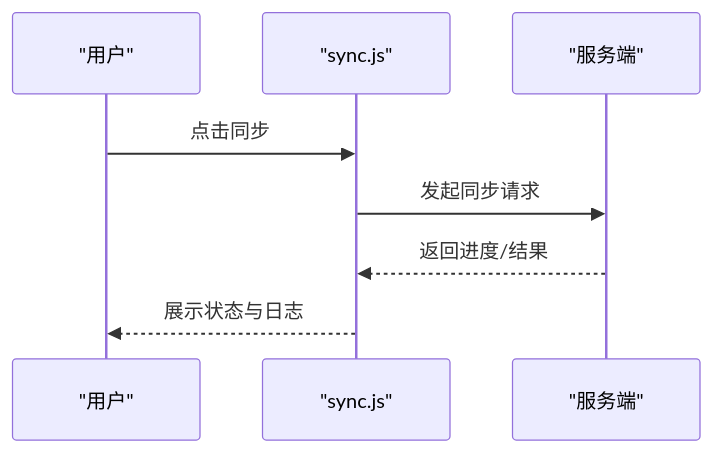
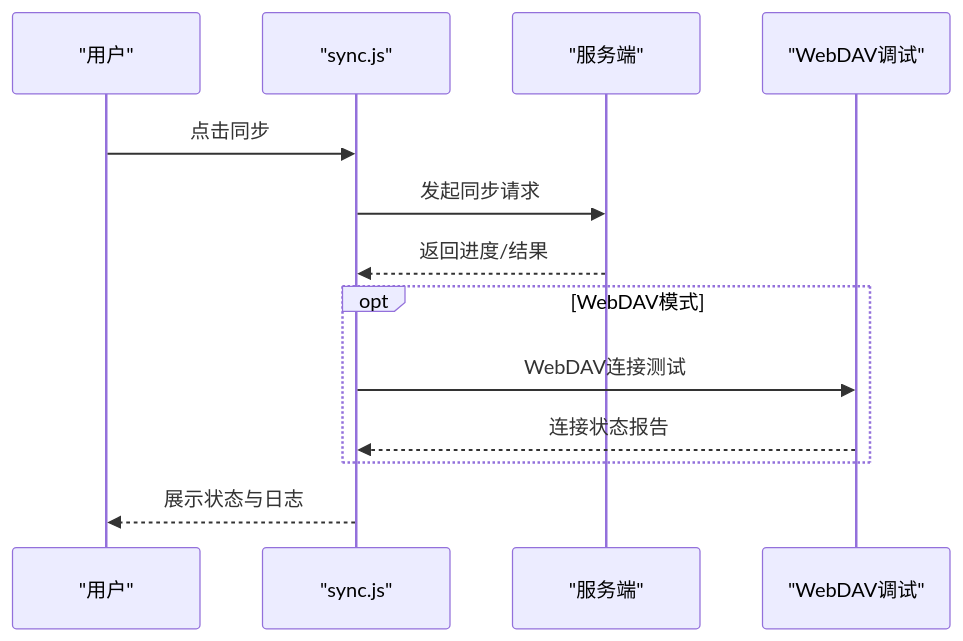
The ninth of 11 diagrams in .qoder/repowiki/zh/content/架构设计/分层架构设计/数据访问层/数据同步机制.md (ZhangGHGitHub/LegadoTeamFlutter), drawn with Mermaid before and after one commit. The commit also changed other lines of this file and 66 other files, not shown here.

````diff
--- a/.qoder/repowiki/zh/content/架构设计/分层架构设计/数据访问层/数据同步机制.md
+++ b/.qoder/repowiki/zh/content/架构设计/分层架构设计/数据访问层/数据同步机制.md
@@ -369,10 +466,15 @@
 ```mermaid
 sequenceDiagram
 participant User as "用户"
 participant Web as "sync.js"
 participant Srv as "服务端"
+participant WebDAV as "WebDAV调试"
 User->>Web : 点击同步
 Web->>Srv : 发起同步请求
 Srv-->>Web : 返回进度/结果
+opt WebDAV模式
+Web->>WebDAV : WebDAV连接测试
+WebDAV-->>Web : 连接状态报告
+end
 Web-->>User : 展示状态与日志
 ```
````
